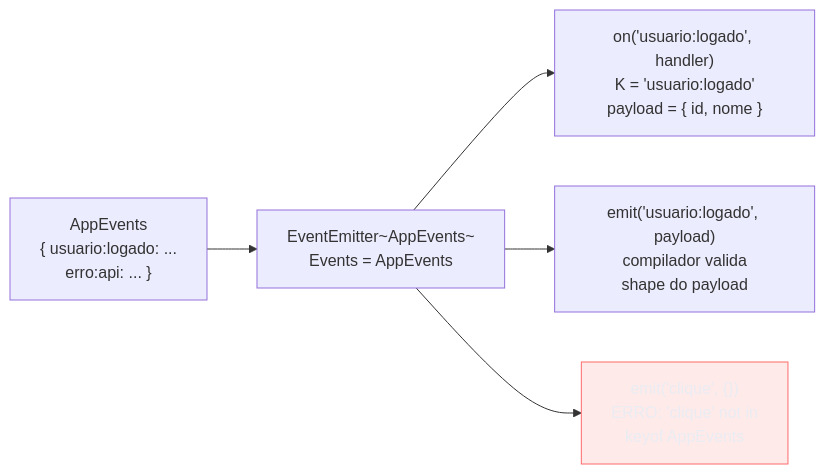
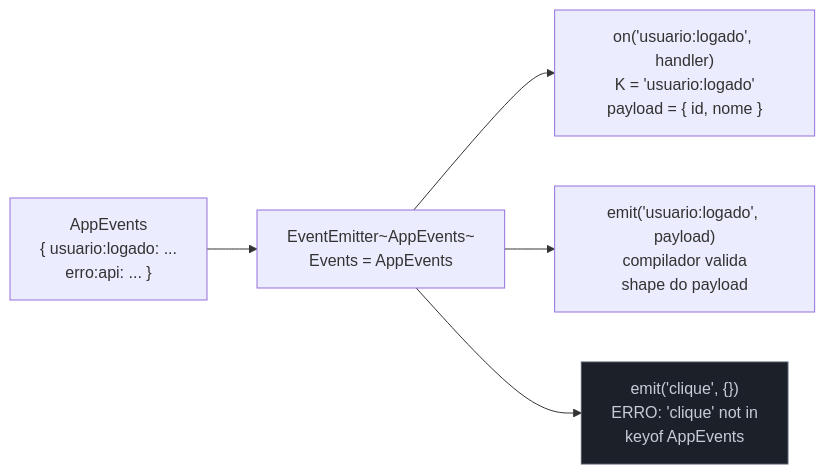
The fifth of 5 diagrams in 03-Dominios/Tecnologia/TypeScript/12 - Generics - defaults, classes e interfaces genéricas.md (josenaldo/codex-technomanticus), drawn with Mermaid before and after one commit. The commit also changed other lines of this file and 601 other files, not shown here.

````diff
--- a/03-Dominios/Tecnologia/TypeScript/12 - Generics - defaults, classes e interfaces genéricas.md
+++ b/03-Dominios/Tecnologia/TypeScript/12 - Generics - defaults, classes e interfaces genéricas.md
@@ -553,16 +553,16 @@
 ```mermaid
 flowchart LR
-    classDef falha fill:#FF6B6B24,stroke:#FF6B6B,color:#E9ECF2
+    classDef neutro fill:#1B2029,stroke:#4E5666,color:#C6CCD8
     AE["AppEvents\n{ usuario:logado: ...\n  erro:api: ... }"]
     EE["EventEmitter~AppEvents~\nEvents = AppEvents"]
     ON["on('usuario:logado', handler)\nK = 'usuario:logado'\npayload = { id, nome }"]
     EMIT["emit('usuario:logado', payload)\ncompilador valida\nshape do payload"]
     ERR["emit('clique', {})\nERRO: 'clique' not in\nkeyof AppEvents"]
 
     AE --> EE
     EE --> ON
     EE --> EMIT
     EE --> ERR
 
-    class ERR falha
+    class ERR neutro
 ```
````
